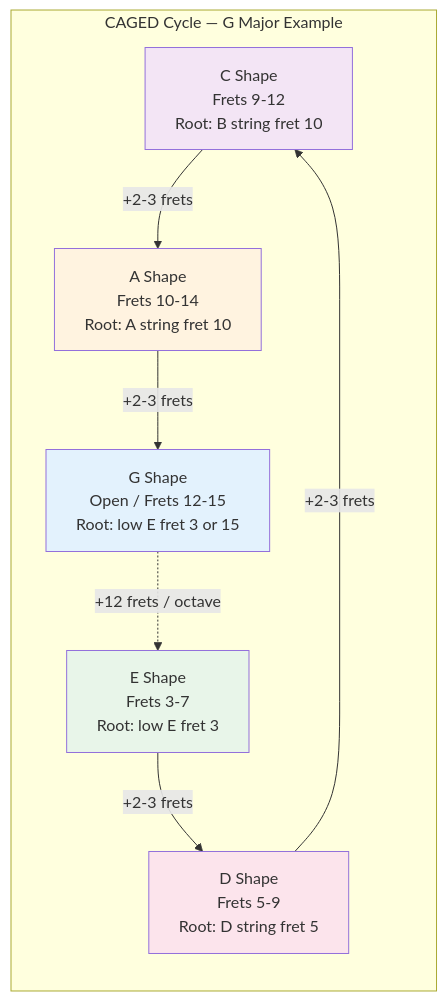
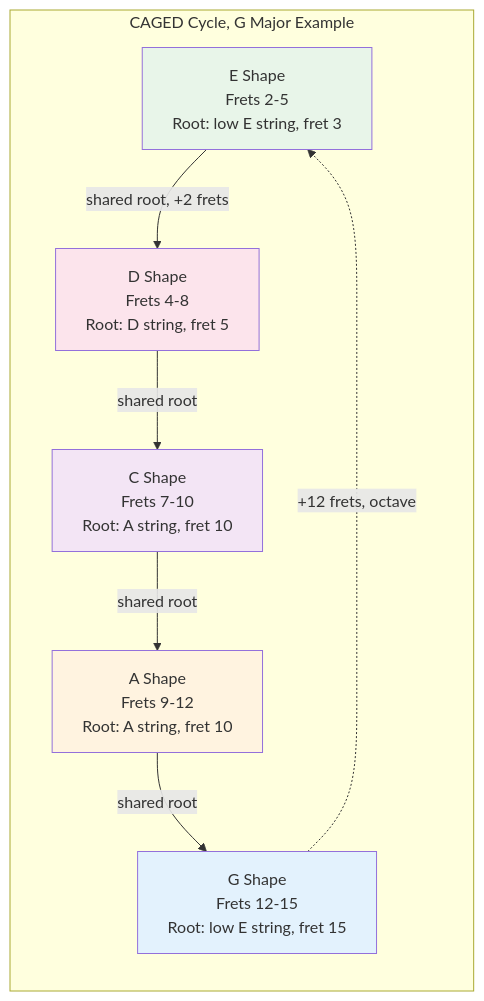
The fourth of 6 diagrams in topics/arts/music_performance/guitar/lesson_03_scales_and_modes.md (blebleblee/synapse), drawn with Mermaid before and after one commit. The commit also changed other lines of this file and 2 other files, not shown here.

````diff
--- a/topics/arts/music_performance/guitar/lesson_03_scales_and_modes.md
+++ b/topics/arts/music_performance/guitar/lesson_03_scales_and_modes.md
@@ -86,22 +88,22 @@
 ```mermaid
 graph LR
-    subgraph sub_caged_cycle ["CAGED Cycle — G Major Example"]
-        Cs["C Shape<br/>Frets 9-12<br/>Root: B string fret 10"]
-        As["A Shape<br/>Frets 10-14<br/>Root: A string fret 10"]
-        Gs["G Shape<br/>Open / Frets 12-15<br/>Root: low E fret 3 or 15"]
-        Es["E Shape<br/>Frets 3-7<br/>Root: low E fret 3"]
-        Ds["D Shape<br/>Frets 5-9<br/>Root: D string fret 5"]
+    subgraph sub_caged_cycle ["CAGED Cycle, G Major Example"]
+        Es["E Shape<br/>Frets 2-5<br/>Root: low E string, fret 3"]
+        Ds["D Shape<br/>Frets 4-8<br/>Root: D string, fret 5"]
+        Cs["C Shape<br/>Frets 7-10<br/>Root: A string, fret 10"]
+        As["A Shape<br/>Frets 9-12<br/>Root: A string, fret 10"]
+        Gs["G Shape<br/>Frets 12-15<br/>Root: low E string, fret 15"]
 
-        Es -->|"+2-3 frets"| Ds
-        Ds -->|"+2-3 frets"| Cs
-        Cs -->|"+2-3 frets"| As
-        As -->|"+2-3 frets"| Gs
-        Gs -.->|"+12 frets / octave"| Es
+        Es -->|"shared root, +2 frets"| Ds
+        Ds -->|"shared root"| Cs
+        Cs -->|"shared root"| As
+        As -->|"shared root"| Gs
+        Gs -.->|"+12 frets, octave"| Es
     end
 
     style Es fill:#e8f5e9
+    style Ds fill:#fce4ec
+    style Cs fill:#f3e5f5
     style As fill:#fff3e0
     style Gs fill:#e3f2fd
-    style Ds fill:#fce4ec
-    style Cs fill:#f3e5f5
 ```
````
